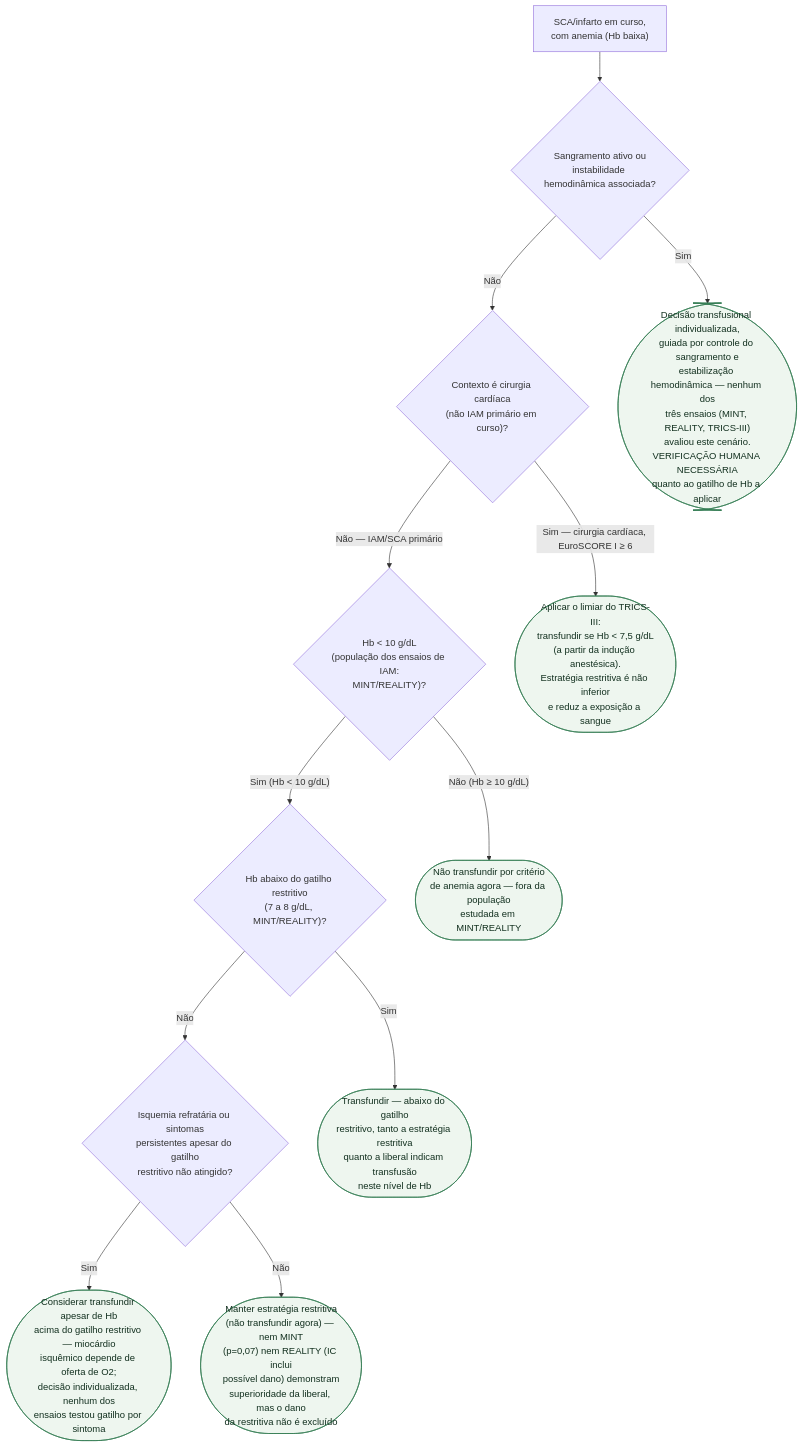
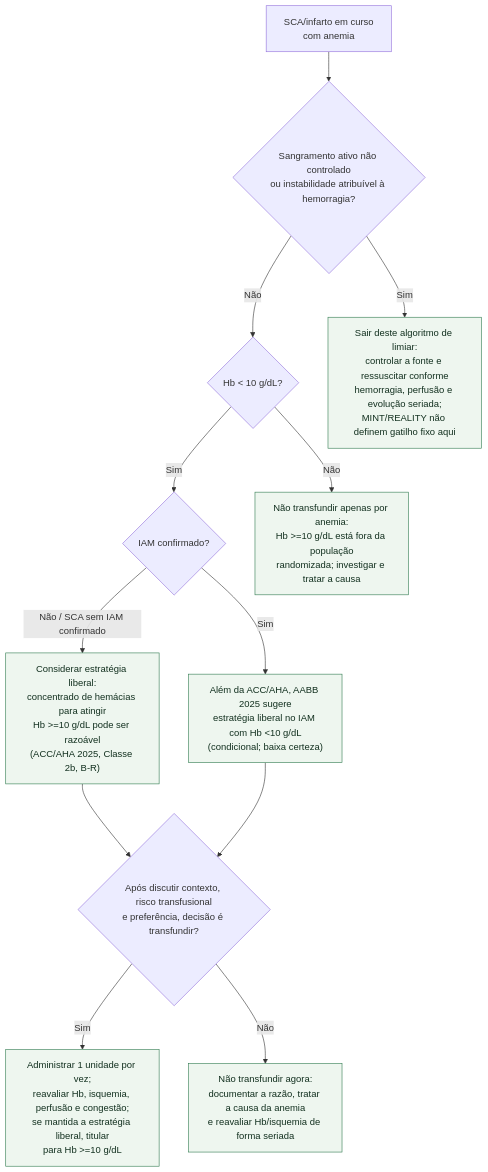
The diagram in content/Terapia_intensiva/fluxograma-anemia-e-decisao-de-transfusao-no-infarto.md (rafaelpaesmeirelles/MeuCardio), drawn with Mermaid before and after one commit. The commit also changed other lines of this file and 74 other files, not shown here.

````diff
--- a/content/Terapia_intensiva/fluxograma-anemia-e-decisao-de-transfusao-no-infarto.md
+++ b/content/Terapia_intensiva/fluxograma-anemia-e-decisao-de-transfusao-no-infarto.md
@@ -22,31 +28,29 @@
 ```mermaid
 flowchart TD
-  R1["SCA/infarto em curso,<br/>com anemia (Hb baixa)"]
-  D1{"Sangramento ativo ou<br/>instabilidade hemodinâmica associada?"}
-  D2{"Contexto é cirurgia cardíaca<br/>(não IAM primário em curso)?"}
-  D3{"Hb < 10 g/dL<br/>(população dos ensaios de IAM:<br/>MINT/REALITY)?"}
-  D4{"Hb abaixo do gatilho restritivo<br/>(7 a 8 g/dL, MINT/REALITY)?"}
-  D5{"Isquemia refratária ou sintomas<br/>persistentes apesar do gatilho<br/>restritivo não atingido?"}
-
-  C1(["Decisão transfusional individualizada,<br/>guiada por controle do sangramento e<br/>estabilização hemodinâmica — nenhum dos<br/>três ensaios (MINT, REALITY, TRICS-III)<br/>avaliou este cenário.<br/>VERIFICAÇÃO HUMANA NECESSÁRIA<br/>quanto ao gatilho de Hb a aplicar"])
-  C2(["Aplicar o limiar do TRICS-III:<br/>transfundir se Hb < 7,5 g/dL<br/>(a partir da indução anestésica).<br/>Estratégia restritiva é não inferior<br/>e reduz a exposição a sangue"])
-  C3(["Não transfundir por critério<br/>de anemia agora — fora da população<br/>estudada em MINT/REALITY"])
-  C4(["Transfundir — abaixo do gatilho<br/>restritivo, tanto a estratégia restritiva<br/>quanto a liberal indicam transfusão<br/>neste nível de Hb"])
-  C5(["Considerar transfundir apesar de Hb<br/>acima do gatilho restritivo — miocárdio<br/>isquêmico depende de oferta de O2;<br/>decisão individualizada, nenhum dos<br/>ensaios testou gatilho por sintoma"])
-  C6(["Manter estratégia restritiva<br/>(não transfundir agora) — nem MINT<br/>(p=0,07) nem REALITY (IC inclui<br/>possível dano) demonstram<br/>superioridade da liberal, mas o dano<br/>da restritiva não é excluído"])
+  R1["SCA/infarto em curso<br/>com anemia"]
+  D1{"Sangramento ativo não controlado<br/>ou instabilidade atribuível à hemorragia?"}
+  D2{"Hb < 10 g/dL?"}
+  D3{"IAM confirmado?"}
+  C1["Sair deste algoritmo de limiar:<br/>controlar a fonte e ressuscitar conforme<br/>hemorragia, perfusão e evolução seriada;<br/>MINT/REALITY não definem gatilho fixo aqui"]
+  C2["Não transfundir apenas por anemia:<br/>Hb >=10 g/dL está fora da população<br/>randomizada; investigar e tratar a causa"]
+  C3["Considerar estratégia liberal:<br/>concentrado de hemácias para atingir<br/>Hb >=10 g/dL pode ser razoável<br/>(ACC/AHA 2025, Classe 2b, B-R)"]
+  C4["Além da ACC/AHA, AABB 2025 sugere<br/>estratégia liberal no IAM com Hb <10 g/dL<br/>(condicional; baixa certeza)"]
+  D4{"Após discutir contexto, risco transfusional<br/>e preferência, decisão é transfundir?"}
+  C5["Administrar 1 unidade por vez;<br/>reavaliar Hb, isquemia, perfusão e congestão;<br/>se mantida a estratégia liberal, titular<br/>para Hb >=10 g/dL"]
+  C6["Não transfundir agora:<br/>documentar a razão, tratar a causa da anemia<br/>e reavaliar Hb/isquemia de forma seriada"]
 
   R1 --> D1
   D1 -->|"Sim"| C1
   D1 -->|"Não"| D2
-  D2 -->|"Sim — cirurgia cardíaca, EuroSCORE I ≥ 6"| C2
-  D2 -->|"Não — IAM/SCA primário"| D3
-  D3 -->|"Não (Hb ≥ 10 g/dL)"| C3
-  D3 -->|"Sim (Hb < 10 g/dL)"| D4
-  D4 -->|"Sim"| C4
-  D4 -->|"Não"| D5
-  D5 -->|"Sim"| C5
-  D5 -->|"Não"| C6
+  D2 -->|"Não"| C2
+  D2 -->|"Sim"| D3
+  D3 -->|"Não / SCA sem IAM confirmado"| C3
+  D3 -->|"Sim"| C4
+  C3 --> D4
+  C4 --> D4
+  D4 -->|"Sim"| C5
+  D4 -->|"Não"| C6
 
   classDef conduta fill:#eef6ef,stroke:#2f7a4f,color:#12301f;
   class C1,C2,C3,C4,C5,C6 conduta;
 ```
````
